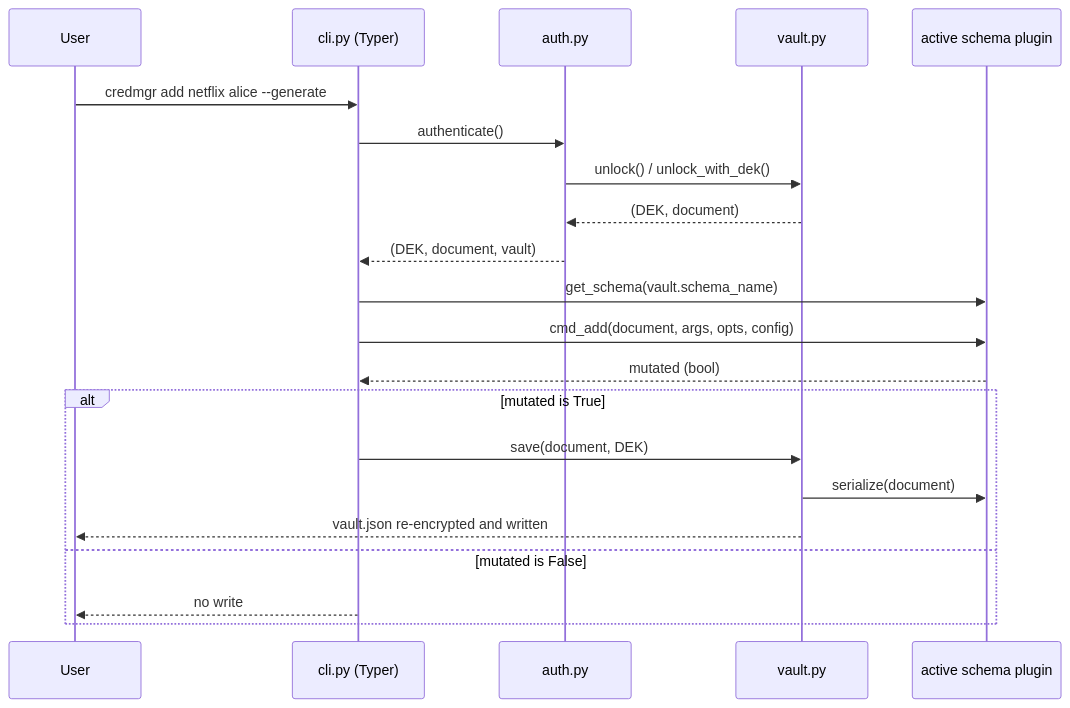
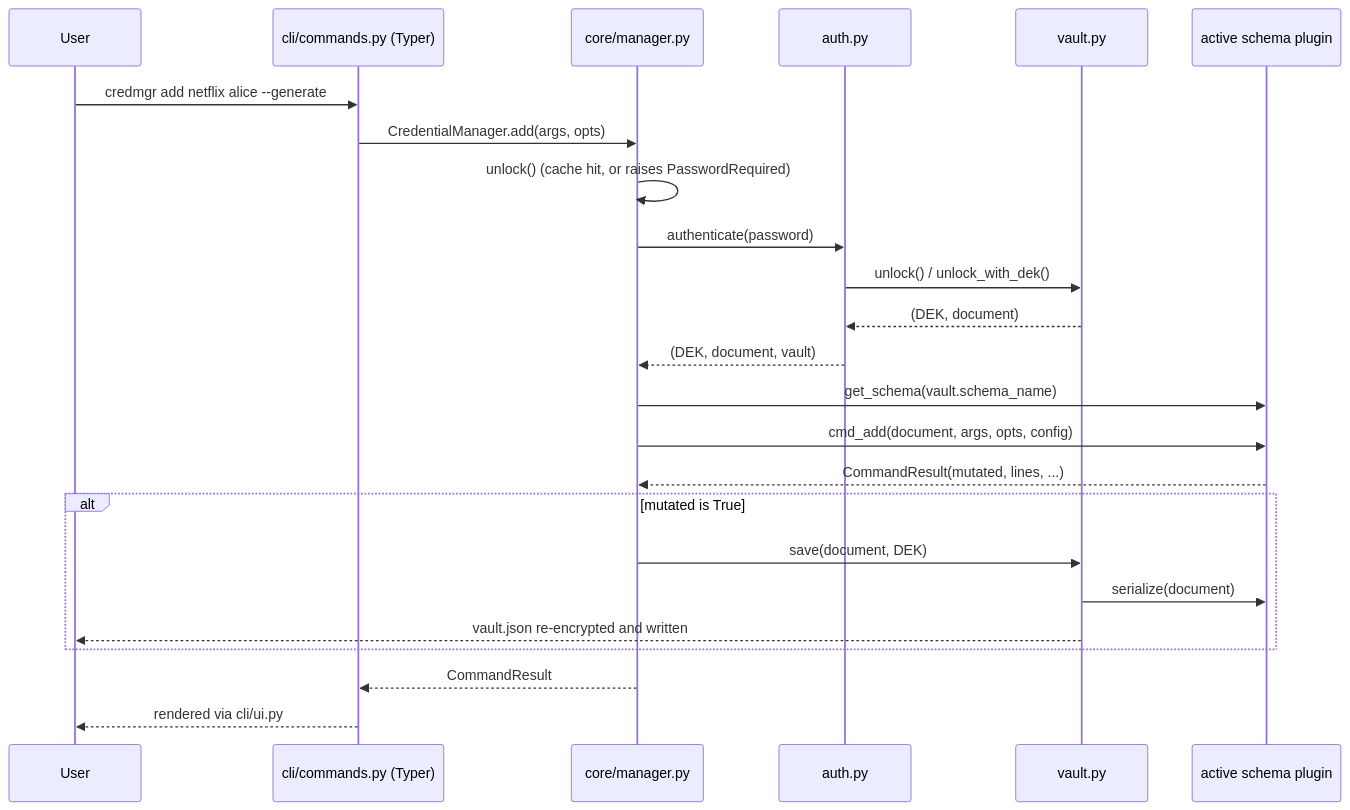
The diagram in docs/cli-reference.md (Veerabadran-M/credential-manager), drawn with Mermaid before and after one commit. The commit also changed other lines of this file and 35 other files, not shown here.

Commit message:
refactor: clean up project architecture and documentation

````diff
--- a/docs/cli-reference.md
+++ b/docs/cli-reference.md
@@ -12,24 +13,27 @@
 ```mermaid
 sequenceDiagram
     participant U as User
-    participant CLI as cli.py (Typer)
+    participant CLI as cli/commands.py (Typer)
+    participant Core as core/manager.py
     participant Auth as auth.py
     participant Vault as vault.py
     participant Schema as active schema plugin
 
     U->>CLI: credmgr add netflix alice --generate
-    CLI->>Auth: authenticate()
+    CLI->>Core: CredentialManager.add(args, opts)
+    Core->>Core: unlock() (cache hit, or raises PasswordRequired)
+    Core->>Auth: authenticate(password)
     Auth->>Vault: unlock() / unlock_with_dek()
     Vault-->>Auth: (DEK, document)
-    Auth-->>CLI: (DEK, document, vault)
-    CLI->>Schema: get_schema(vault.schema_name)
-    CLI->>Schema: cmd_add(document, args, opts, config)
-    Schema-->>CLI: mutated (bool)
+    Auth-->>Core: (DEK, document, vault)
+    Core->>Schema: get_schema(vault.schema_name)
+    Core->>Schema: cmd_add(document, args, opts, config)
+    Schema-->>Core: CommandResult(mutated, lines, ...)
     alt mutated is True
-        CLI->>Vault: save(document, DEK)
+        Core->>Vault: save(document, DEK)
         Vault->>Schema: serialize(document)
         Vault-->>U: vault.json re-encrypted and written
-    else mutated is False
-        CLI-->>U: no write
     end
+    Core-->>CLI: CommandResult
+    CLI-->>U: rendered via cli/ui.py
 ```
````
